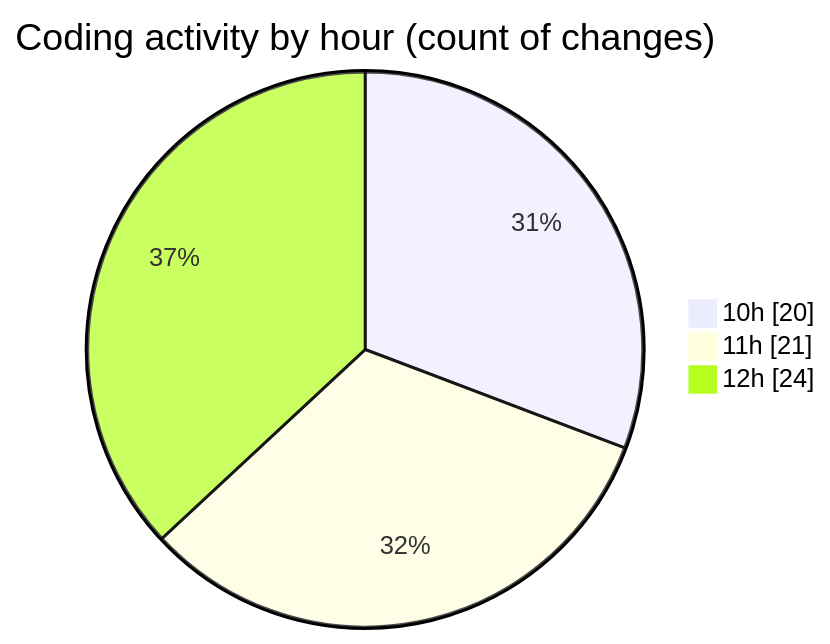
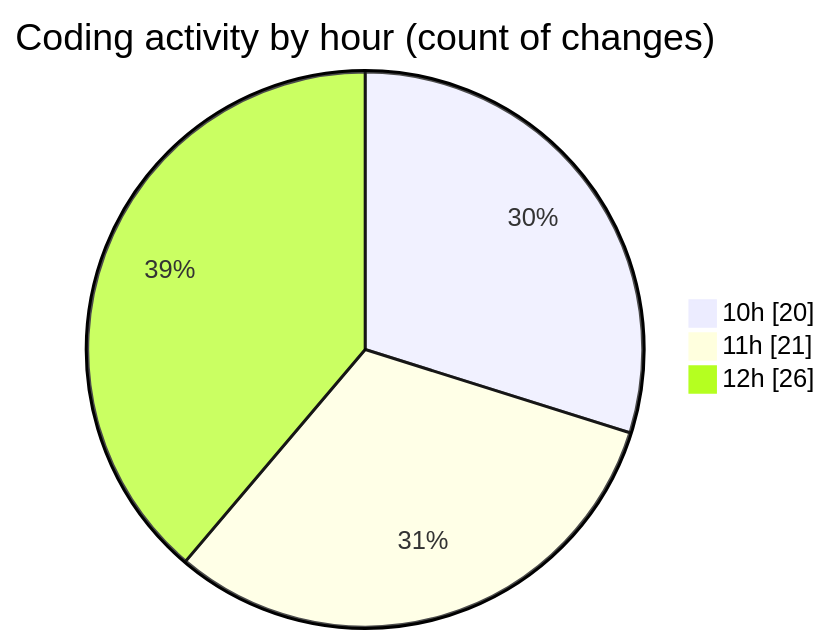
One commit to momahboobian/code-tracking changed the second of 2 diagrams in 2025-05-20/cda/README.md. Above: the diagram before and after it, drawn with Mermaid. The commit also changed other lines of this file and 1 other file, not shown here.

````diff
--- a/2025-05-20/cda/README.md
+++ b/2025-05-20/cda/README.md
@@ -42,7 +42,7 @@
 ```mermaid
 pie showData
 title Coding activity by hour (count of changes)
 "10h" : 20
 "11h" : 21
-"12h" : 24
+"12h" : 26
 ```
````
